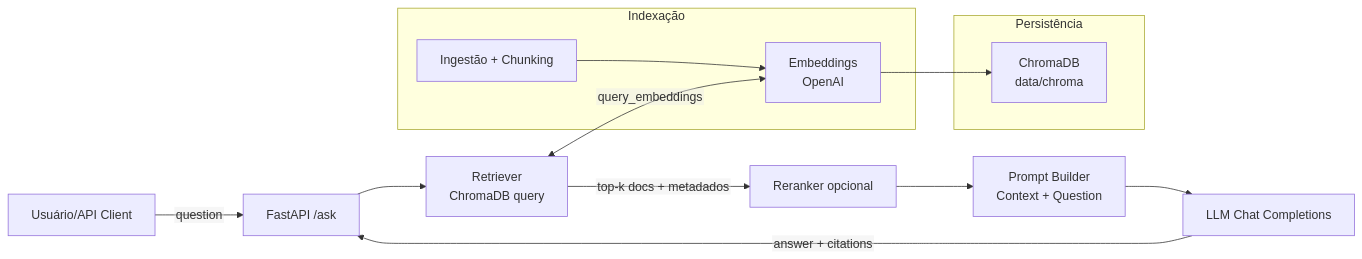
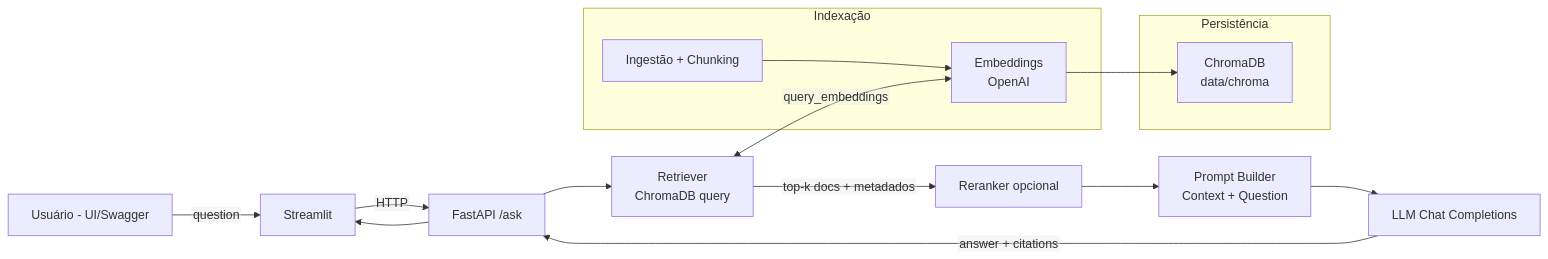
One commit to sluiz-stf/rag-genai-poc changed the diagram in README.md. Above: the diagram before and after it, drawn with Mermaid. The commit also changed other lines of this file, not shown here.

````diff
--- a/README.md
+++ b/README.md
@@ -22,26 +31,26 @@
-```mermaid
+``` mermaid
 ---
 config:
   flowchart:
     htmlLabels: false
 ---
 flowchart LR
-  A[Usuário/API Client] -->|question| B[FastAPI /ask]
+  U[Usuário - UI/Swagger] -->|question| UI[Streamlit] -->|HTTP| B[FastAPI /ask]
   B --> C[Retriever<br/>ChromaDB query]
   C -->|top-k docs + metadados| D[Reranker opcional]
   D --> E[Prompt Builder<br/>Context + Question]
   E --> F[LLM Chat Completions]
-  F -->|answer + citations| B
+  F -->|answer + citations| B --> UI
 
   subgraph Persistência
     G[ChromaDB<br/>data/chroma]
   end
 
   subgraph Indexação
     H[Ingestão + Chunking]
     I[Embeddings<br/>OpenAI]
     H --> I --> G
   end
 
   C <-- query_embeddings --> I
 ```
````
